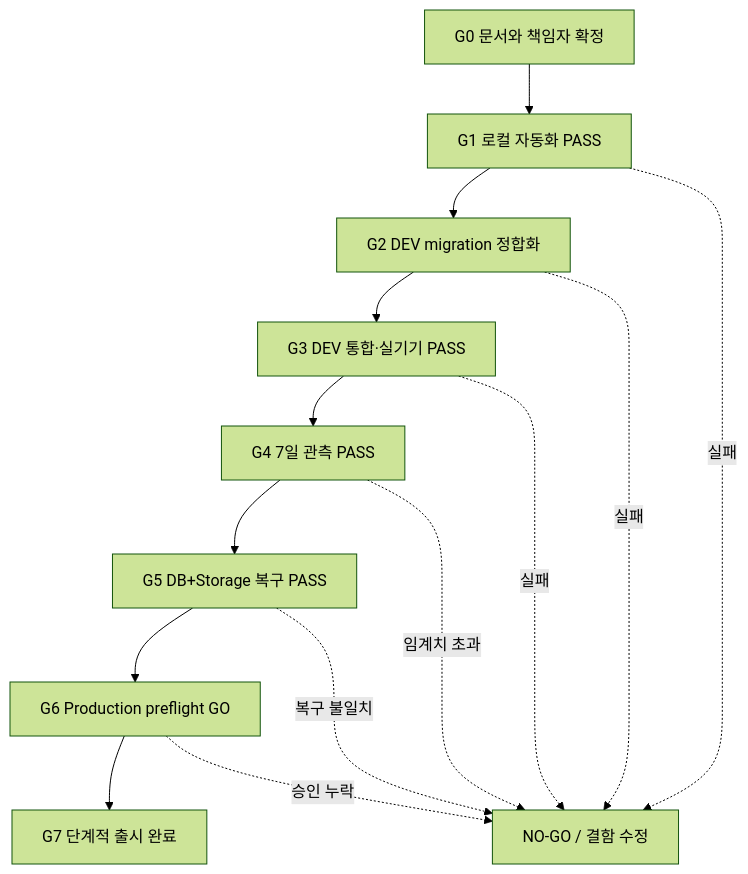
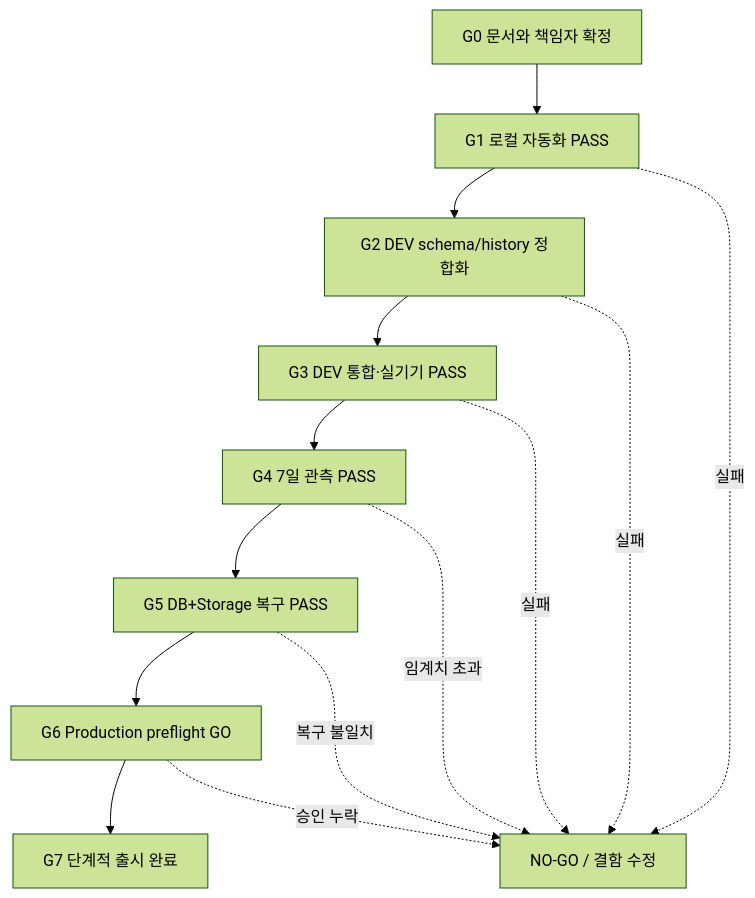
One commit to ysjee141/nexvoy-frontend changed the diagram in docs/refactor/reports/TASK-057-production-final-validation-plan.md. Above: the diagram before and after it, drawn with Mermaid (forest theme). The commit also changed other lines of this file and 10 other files, not shown here.

````diff
--- a/docs/refactor/reports/TASK-057-production-final-validation-plan.md
+++ b/docs/refactor/reports/TASK-057-production-final-validation-plan.md
@@ -36,16 +37,16 @@
 ```mermaid
 flowchart TD
     G0["G0 문서와 책임자 확정"] --> G1["G1 로컬 자동화 PASS"]
-    G1 --> G2["G2 DEV migration 정합화"]
+    G1 --> G2["G2 DEV schema/history 정합화"]
     G2 --> G3["G3 DEV 통합·실기기 PASS"]
     G3 --> G4["G4 7일 관측 PASS"]
     G4 --> G5["G5 DB+Storage 복구 PASS"]
     G5 --> G6["G6 Production preflight GO"]
     G6 --> G7["G7 단계적 출시 완료"]
     G1 -. "실패" .-> NOGO["NO-GO / 결함 수정"]
     G2 -. "실패" .-> NOGO
     G3 -. "실패" .-> NOGO
     G4 -. "임계치 초과" .-> NOGO
     G5 -. "복구 불일치" .-> NOGO
     G6 -. "승인 누락" .-> NOGO
 ```
````
